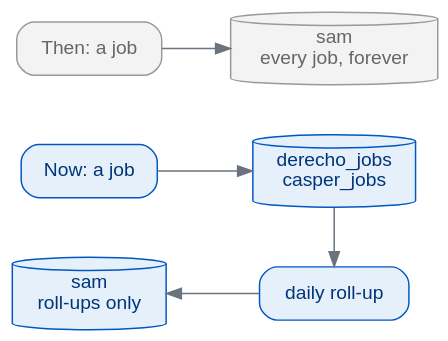
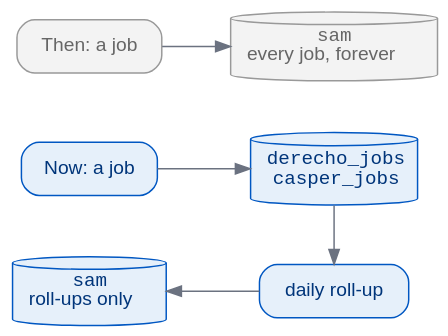
The fourth of 9 diagrams in docs/presentations/samuel/_2-concepts.qmd (benkirk/sam-queries), drawn with Graphviz before and after one commit. The commit also changed other lines of this file and 63 other files, not shown here.

````diff
--- a/docs/presentations/samuel/_2-concepts.qmd
+++ b/docs/presentations/samuel/_2-concepts.qmd
@@ -334,17 +346,17 @@
 ```{dot}
 //| fig-width: 5
 digraph Jobs {
   graph [layout=neato, splines=true, bgcolor="transparent"];
   node  [shape=box, style="rounded,filled", fontname="Helvetica", fontsize=13,
          fillcolor="#E6F0FA", color="#0057C2", fontcolor="#00357A", margin="0.15,0.06"];
   edge  [color="#6B7280"];
   T  [label="Then: a job", pos="0,2.3!", fillcolor="#F3F3F3", color="#999999", fontcolor="#666666"];
-  TS [label="sam\nevery job, forever", pos="2.3,2.3!", shape=cylinder, fillcolor="#F3F3F3",
+  TS [label=<<FONT FACE="Courier">sam</FONT><BR/>every job, forever>, pos="2.3,2.3!", shape=cylinder, fillcolor="#F3F3F3",
       color="#999999", fontcolor="#666666"];
   N  [label="Now: a job", pos="0,1.15!"];
-  NM [label="derecho_jobs\ncasper_jobs", pos="2.3,1.15!", shape=cylinder];
+  NM [label=<<FONT FACE="Courier">derecho_jobs</FONT><BR/><FONT FACE="Courier">casper_jobs</FONT>>, pos="2.3,1.15!", shape=cylinder];
   NR [label="daily roll-up", pos="2.3,0!"];
-  NS [label="sam\nroll-ups only", pos="0,0!", shape=cylinder];
+  NS [label=<<FONT FACE="Courier">sam</FONT><BR/>roll-ups only>, pos="0,0!", shape=cylinder];
   T -> TS; N -> NM -> NR -> NS;
 }
 ```
````
